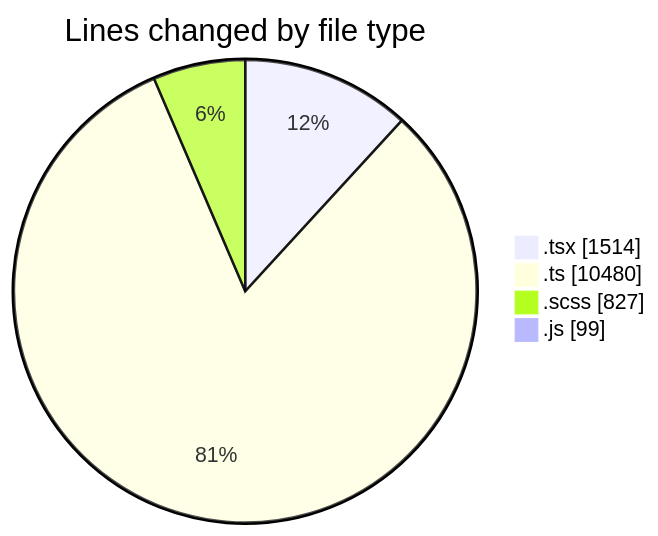
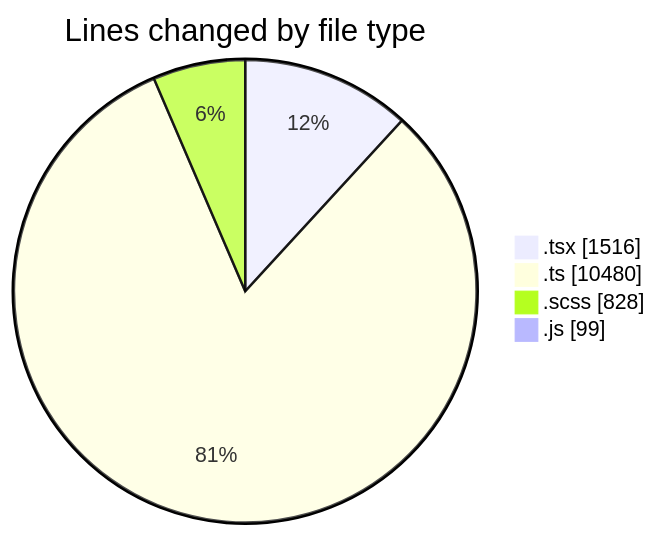
One commit to momahboobian/code-tracking changed the first of 2 diagrams in 2025-03-26/cda/README.md. Above: the diagram before and after it, drawn with Mermaid. The commit also changed other lines of this file and 1 other file, not shown here.

````diff
--- a/2025-03-26/cda/README.md
+++ b/2025-03-26/cda/README.md
@@ -44,8 +44,8 @@
 ```mermaid
 pie showData
 title Lines changed by file type
-".tsx" : 1514
+".tsx" : 1516
 ".ts" : 10480
-".scss" : 827
+".scss" : 828
 ".js" : 99
 ```
````
